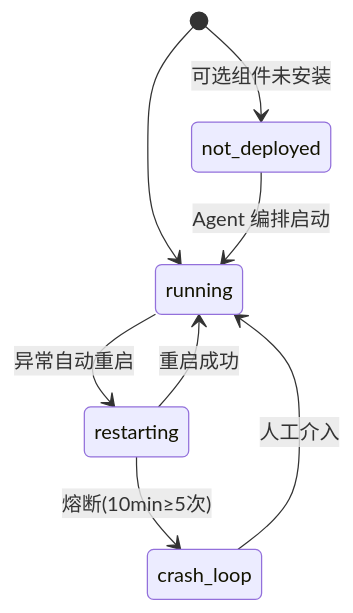
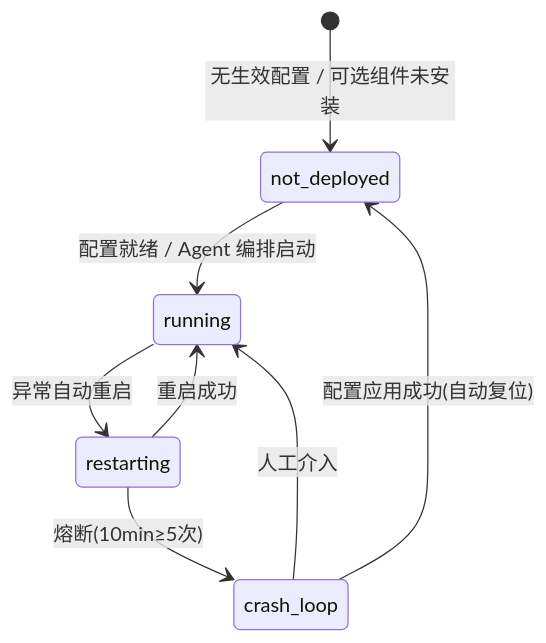
Before and after one commit to vickiechen1128/CNCF_Monitor: the sixth of 6 diagrams in docs/02-product-requirements/Modules/Module_11_Edge_Access_and_Agent_Delivery.md, drawn with Mermaid. The commit also changed other lines of this file and 3 other files, not shown here.

````diff
--- a/docs/02-product-requirements/Modules/Module_11_Edge_Access_and_Agent_Delivery.md
+++ b/docs/02-product-requirements/Modules/Module_11_Edge_Access_and_Agent_Delivery.md
@@ -549,10 +581,10 @@
 ```mermaid
 stateDiagram-v2
-  [*] --> running
-  [*] --> not_deployed: 可选组件未安装
+  [*] --> not_deployed: 无生效配置 / 可选组件未安装
+  not_deployed --> running: 配置就绪 / Agent 编排启动
   running --> restarting: 异常自动重启
   restarting --> running: 重启成功
   restarting --> crash_loop: 熔断(10min≥5次)
+  crash_loop --> not_deployed: 配置应用成功(自动复位)
   crash_loop --> running: 人工介入
-  not_deployed --> running: Agent 编排启动
 ```
````
